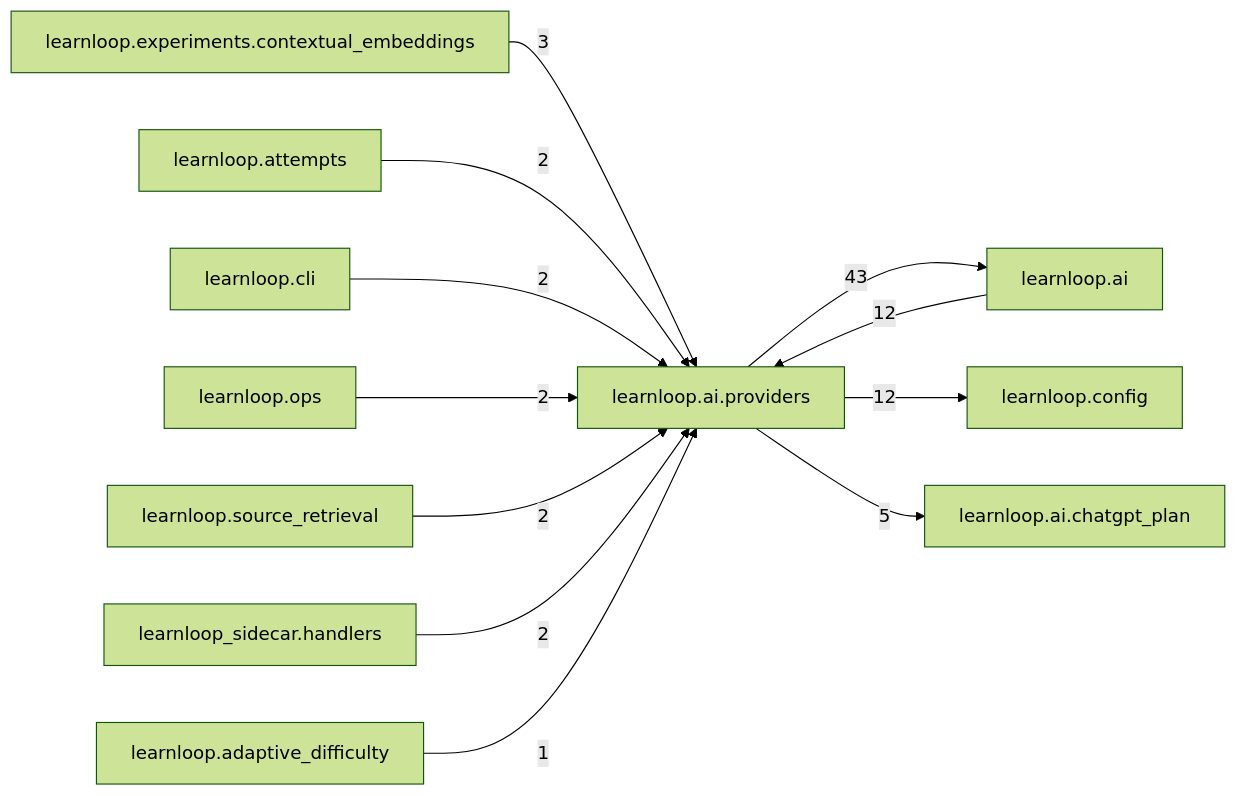
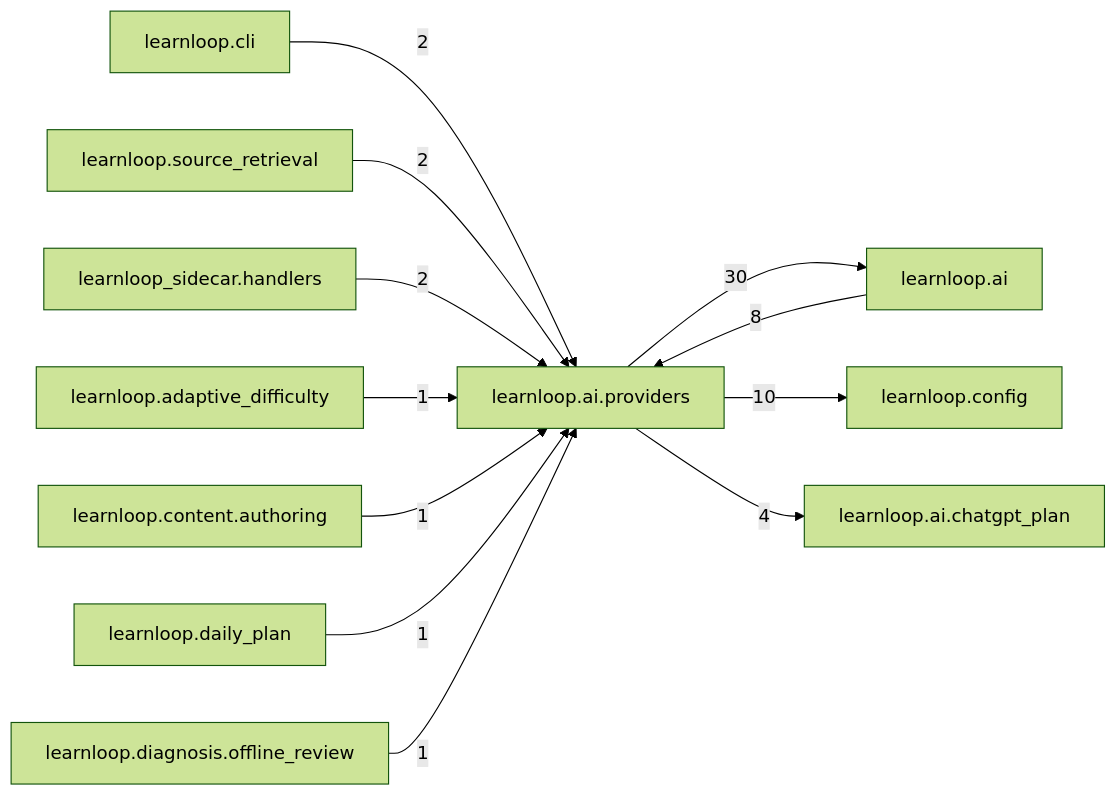
One commit to 6up-b/learnanything changed the diagram in docs/learnloop-architecture-vault/Reference/Modules/learnloop/ai/providers/_package.md. Above: the diagram before and after it, drawn with Mermaid (forest theme). The commit also changed other lines of this file and 182 other files, not shown here.

````diff
--- a/docs/learnloop-architecture-vault/Reference/Modules/learnloop/ai/providers/_package.md
+++ b/docs/learnloop-architecture-vault/Reference/Modules/learnloop/ai/providers/_package.md
@@ -100,25 +93,25 @@
 ```mermaid
 flowchart LR
     center["learnloop.ai.providers"]
     n_learnloop_ai["learnloop.ai"]
     n_learnloop_config["learnloop.config"]
     n_learnloop_ai_chatgpt_plan["learnloop.ai.chatgpt_plan"]
-    n_learnloop_experiments_contextual_embeddings["learnloop.experiments.contextual_embeddings"]
-    n_learnloop_attempts["learnloop.attempts"]
     n_learnloop_cli["learnloop.cli"]
-    n_learnloop_ops["learnloop.ops"]
     n_learnloop_source_retrieval["learnloop.source_retrieval"]
     n_learnloop_sidecar_handlers["learnloop_sidecar.handlers"]
     n_learnloop_adaptive_difficulty["learnloop.adaptive_difficulty"]
-    n_learnloop_ai -->|12| center
-    center -->|43| n_learnloop_ai
-    center -->|12| n_learnloop_config
-    center -->|5| n_learnloop_ai_chatgpt_plan
-    n_learnloop_experiments_contextual_embeddings -->|3| center
-    n_learnloop_attempts -->|2| center
+    n_learnloop_content_authoring["learnloop.content.authoring"]
+    n_learnloop_daily_plan["learnloop.daily_plan"]
+    n_learnloop_diagnosis_offline_review["learnloop.diagnosis.offline_review"]
+    n_learnloop_ai -->|8| center
+    center -->|30| n_learnloop_ai
+    center -->|10| n_learnloop_config
+    center -->|4| n_learnloop_ai_chatgpt_plan
     n_learnloop_cli -->|2| center
-    n_learnloop_ops -->|2| center
     n_learnloop_source_retrieval -->|2| center
     n_learnloop_sidecar_handlers -->|2| center
     n_learnloop_adaptive_difficulty -->|1| center
+    n_learnloop_content_authoring -->|1| center
+    n_learnloop_daily_plan -->|1| center
+    n_learnloop_diagnosis_offline_review -->|1| center
 ```
````
